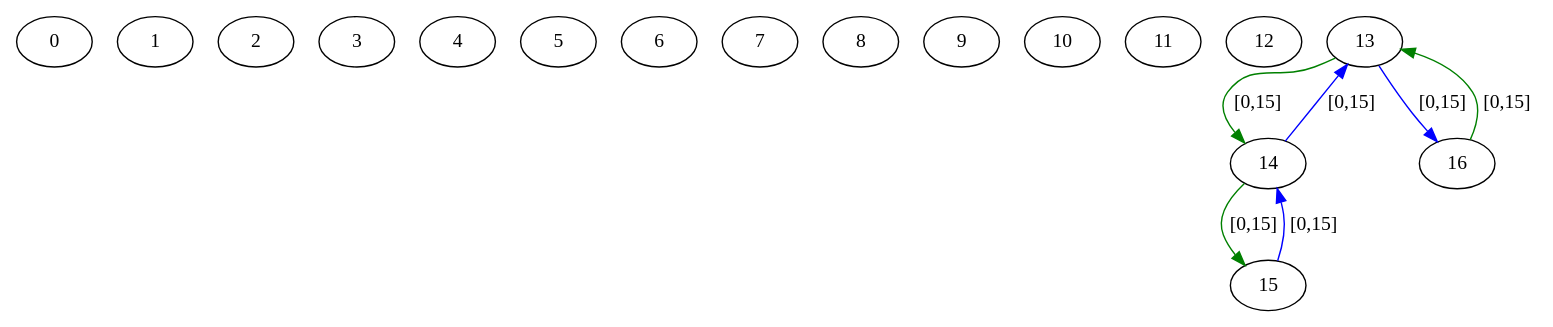
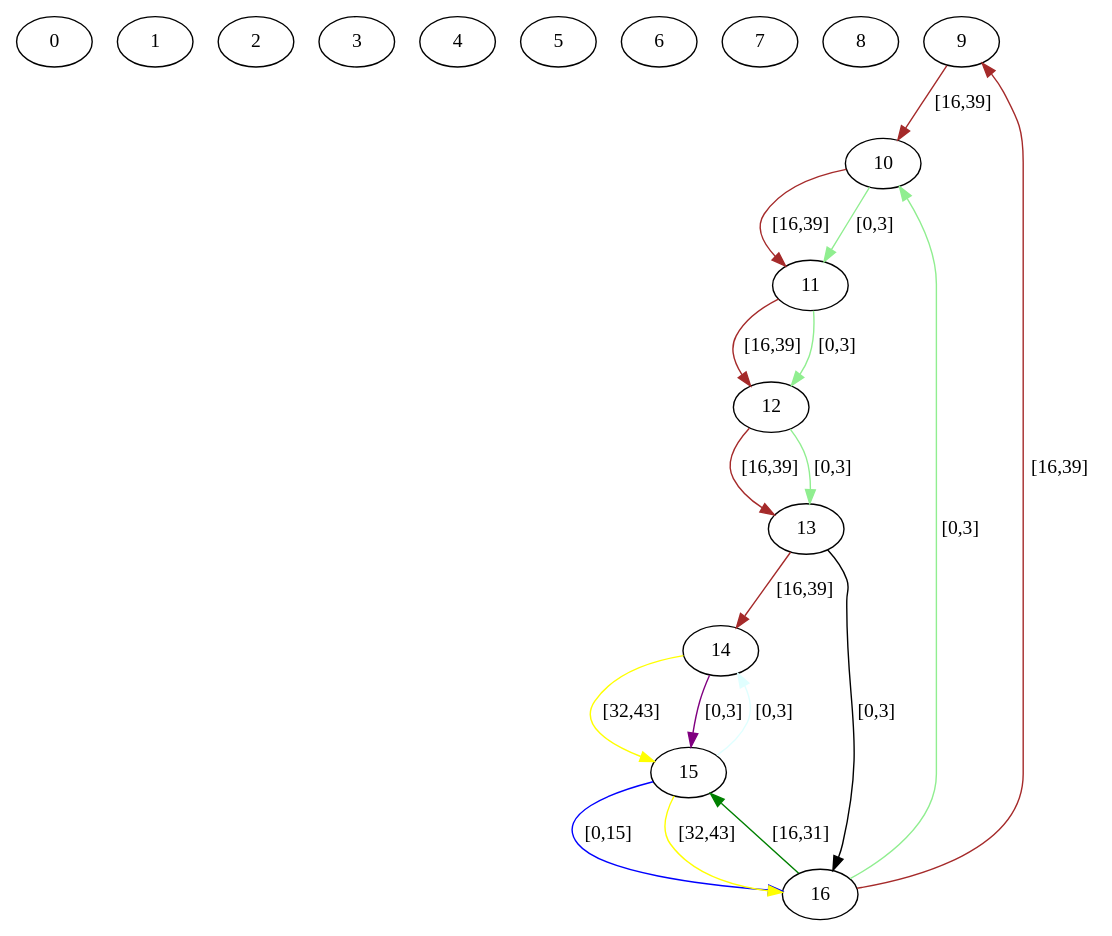
The diagram in src/assignedGraphs/assigned.dot (Hebbe1234/ExpectAll), drawn with Graphviz before and after one commit. The commit also changed 5 other files, not shown here.

```diff
--- a/src/assignedGraphs/assigned.dot
+++ b/src/assignedGraphs/assigned.dot
@@ -1,25 +1,36 @@
 digraph  {
 0 [label=0];
 1 [label=1];
 2 [label=2];
 3 [label=3];
 4 [label=4];
 5 [label=5];
 6 [label=6];
 7 [label=7];
 8 [label=8];
 9 [label=9];
 10 [label=10];
 11 [label=11];
 12 [label=12];
 13 [label=13];
 14 [label=14];
 15 [label=15];
 16 [label=16];
-13 -> 16  [color=blue, key=0, label="[0,15]"];
-13 -> 14  [color=green, key=0, label="[0,15]"];
-14 -> 13  [color=blue, key=0, label="[0,15]"];
-14 -> 15  [color=green, key=0, label="[0,15]"];
-15 -> 14  [color=blue, key=0, label="[0,15]"];
-16 -> 13  [color=green, key=0, label="[0,15]"];
+9 -> 10  [color=brown, key=0, label="[16,39]"];
+10 -> 11  [color=brown, key=0, label="[16,39]"];
+10 -> 11  [color=lightgreen, key=1, label="[0,3]"];
+11 -> 12  [color=brown, key=0, label="[16,39]"];
+11 -> 12  [color=lightgreen, key=1, label="[0,3]"];
+12 -> 13  [color=brown, key=0, label="[16,39]"];
+12 -> 13  [color=lightgreen, key=1, label="[0,3]"];
+13 -> 14  [color=brown, key=0, label="[16,39]"];
+13 -> 16  [color=black, key=0, label="[0,3]"];
+14 -> 15  [color=yellow, key=0, label="[32,43]"];
+14 -> 15  [color=purple, key=1, label="[0,3]"];
+15 -> 16  [color=blue, key=0, label="[0,15]"];
+15 -> 16  [color=yellow, key=1, label="[32,43]"];
+15 -> 14  [color=lightcyan, key=0, label="[0,3]"];
+16 -> 15  [color=green, key=0, label="[16,31]"];
+16 -> 9  [color=brown, key=0, label="[16,39]"];
+16 -> 10  [color=lightgreen, key=0, label="[0,3]"];
 }
```
